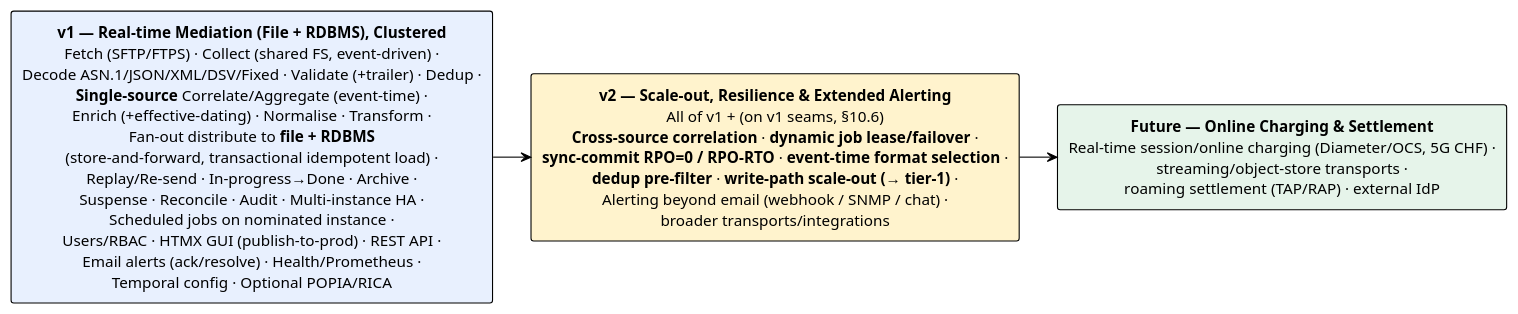
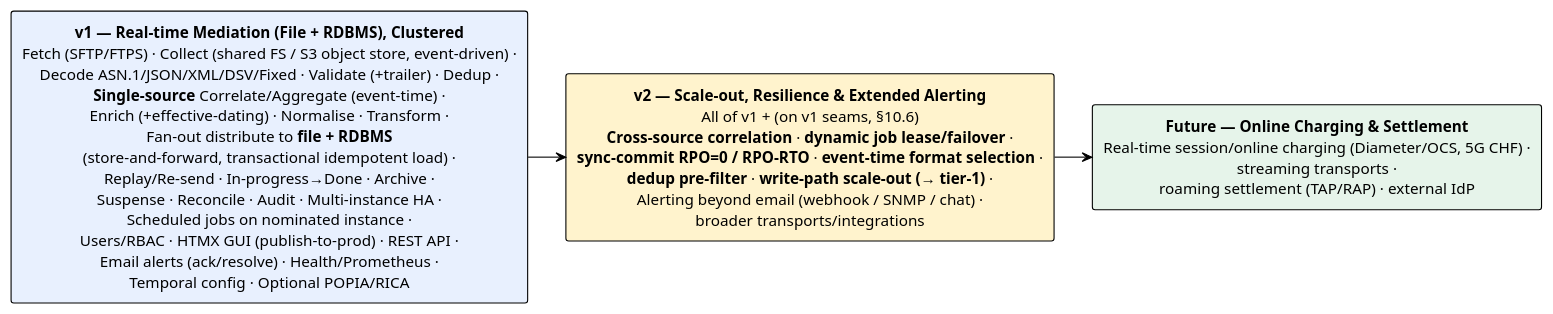
The diagram in docs/brs/10-roadmap.md (pgvanniekerk/baasparse), drawn with PlantUML before and after one commit. The commit also changed other lines of this file and 23 other files, not shown here.

````diff
--- a/docs/brs/10-roadmap.md
+++ b/docs/brs/10-roadmap.md
@@ -7,15 +7,15 @@
 ```plantuml
 @startuml roadmap
 !theme plain
 skinparam defaultTextAlignment center
 
-rectangle "**v1 — Real-time Mediation (File + RDBMS), Clustered**\nFetch (SFTP/FTPS) · Collect (shared FS, event-driven) ·\nDecode ASN.1/JSON/XML/DSV/Fixed · Validate (+trailer) · Dedup ·\n**Single-source** Correlate/Aggregate (event-time) ·\nEnrich (+effective-dating) · Normalise · Transform ·\nFan-out distribute to **file + RDBMS**\n(store-and-forward, transactional idempotent load) ·\nReplay/Re-send · In-progress→Done · Archive ·\nSuspense · Reconcile · Audit · Multi-instance HA ·\nScheduled jobs on nominated instance ·\nUsers/RBAC · HTMX GUI (publish-to-prod) · REST API ·\nEmail alerts (ack/resolve) · Health/Prometheus ·\nTemporal config · Optional POPIA/RICA" as V1 #E8F0FE
+rectangle "**v1 — Real-time Mediation (File + RDBMS), Clustered**\nFetch (SFTP/FTPS) · Collect (shared FS / S3 object store, event-driven) ·\nDecode ASN.1/JSON/XML/DSV/Fixed · Validate (+trailer) · Dedup ·\n**Single-source** Correlate/Aggregate (event-time) ·\nEnrich (+effective-dating) · Normalise · Transform ·\nFan-out distribute to **file + RDBMS**\n(store-and-forward, transactional idempotent load) ·\nReplay/Re-send · In-progress→Done · Archive ·\nSuspense · Reconcile · Audit · Multi-instance HA ·\nScheduled jobs on nominated instance ·\nUsers/RBAC · HTMX GUI (publish-to-prod) · REST API ·\nEmail alerts (ack/resolve) · Health/Prometheus ·\nTemporal config · Optional POPIA/RICA" as V1 #E8F0FE
 
 rectangle "**v2 — Scale-out, Resilience & Extended Alerting**\nAll of v1 + (on v1 seams, §10.6)\n**Cross-source correlation** · **dynamic job lease/failover** ·\n**sync-commit RPO=0 / RPO-RTO** · **event-time format selection** ·\n**dedup pre-filter** · **write-path scale-out (→ tier-1)** ·\nAlerting beyond email (webhook / SNMP / chat) ·\nbroader transports/integrations" as V2 #FFF3CD
 
-rectangle "**Future — Online Charging & Settlement**\nReal-time session/online charging (Diameter/OCS, 5G CHF) ·\nstreaming/object-store transports ·\nroaming settlement (TAP/RAP) · external IdP" as VF #E6F4EA
+rectangle "**Future — Online Charging & Settlement**\nReal-time session/online charging (Diameter/OCS, 5G CHF) ·\nstreaming transports ·\nroaming settlement (TAP/RAP) · external IdP" as VF #E6F4EA
 
 V1 -right-> V2
 V2 -right-> VF
 @enduml
 ```
````
